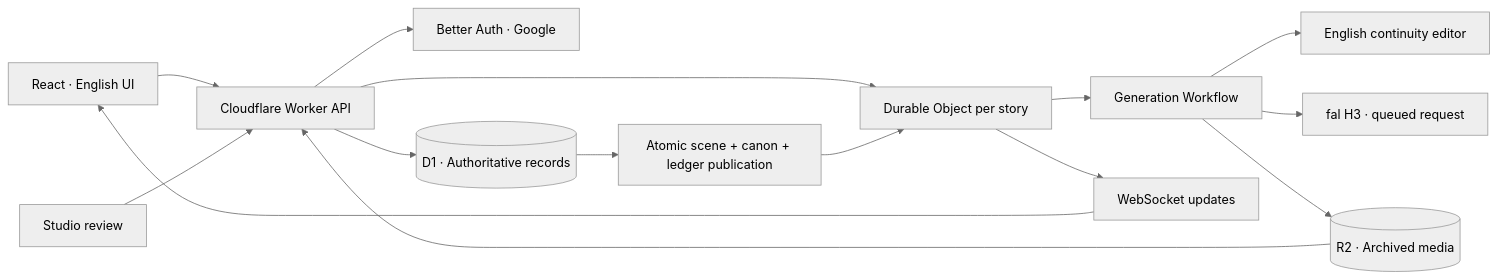
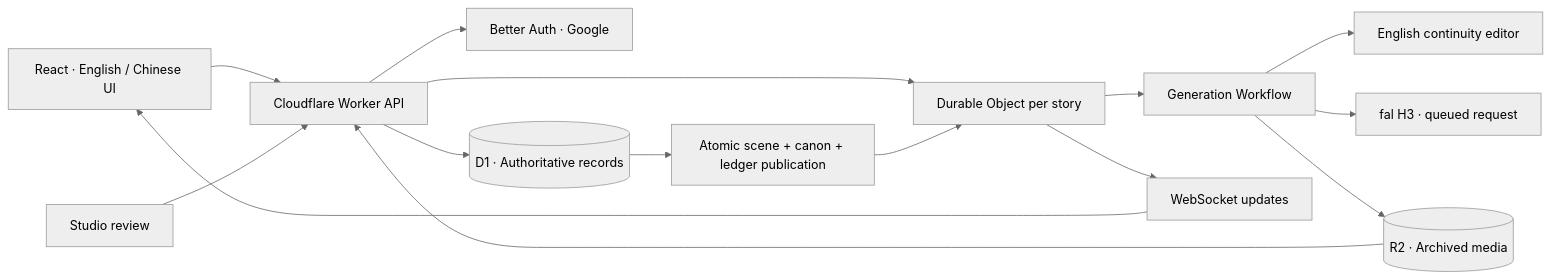
One commit to xiaoliang0421/Afterlight changed the diagram in docs/ARCHITECTURE.md. Above: the diagram before and after it, drawn with Mermaid (neutral theme). The commit also changed 38 other files, not shown here.

````diff
--- a/docs/ARCHITECTURE.md
+++ b/docs/ARCHITECTURE.md
@@ -3,17 +3,17 @@
 ```mermaid
 flowchart LR
-  UI[React · English UI] --> API[Cloudflare Worker API]
+  UI[React · English / Chinese UI] --> API[Cloudflare Worker API]
   API --> Auth[Better Auth · Google]
   API --> D1[(D1 · Authoritative records)]
   API --> Room[Durable Object per story]
   Room --> Flow[Generation Workflow]
   Flow --> Director[English continuity editor]
   Flow --> Video[fal H3 · queued request]
   Flow --> R2[(R2 · Archived media)]
   Studio[Studio review] --> API
   D1 --> Canon[Atomic scene + canon + ledger publication]
   Canon --> Room
   Room --> WS[WebSocket updates]
   WS --> UI
   R2 --> API
 ```
````
